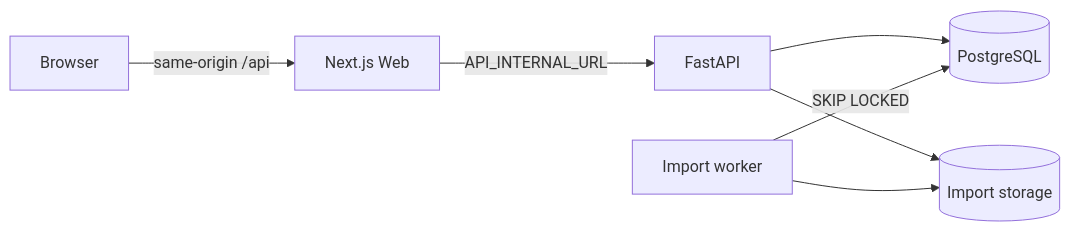
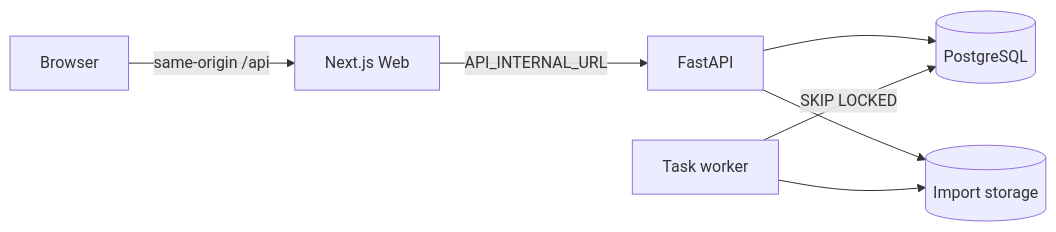
The diagram in docs/architecture.md (foolkking/chat-reader), drawn with Mermaid before and after one commit. The commit also changed other lines of this file and 41 other files, not shown here.

````diff
--- a/docs/architecture.md
+++ b/docs/architecture.md
@@ -5,9 +5,9 @@
 ```mermaid
 flowchart LR
   B[Browser] -->|same-origin /api| W[Next.js Web]
   W -->|API_INTERNAL_URL| A[FastAPI]
   A --> P[(PostgreSQL)]
   A --> S[(Import storage)]
-  Q[Import worker] -->|SKIP LOCKED| P
+  Q[Task worker] -->|SKIP LOCKED| P
   Q --> S
 ```
````
